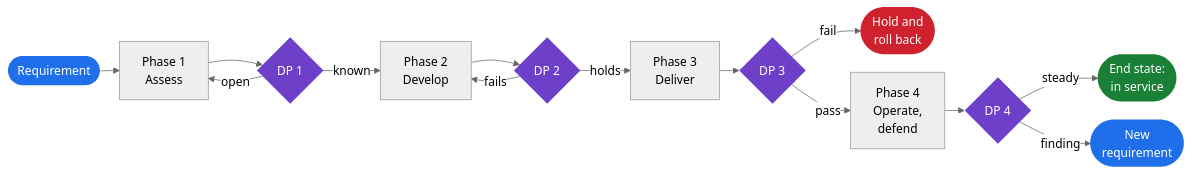
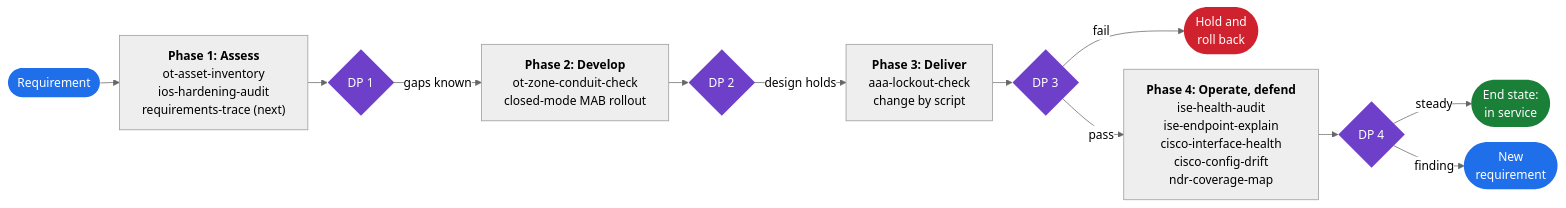
Before and after one commit to a-ayrapetov/a-ayrapetov: the diagram in README.md, drawn with Mermaid (neutral theme).

Commit message:
Profile: name the tools inside each phase of the plan

````diff
--- a/README.md
+++ b/README.md
@@ -44,22 +44,20 @@
 ```mermaid
-%%{init: {"flowchart": {"rankSpacing": 26, "nodeSpacing": 24}}}%%
+%%{init: {"flowchart": {"rankSpacing": 26, "nodeSpacing": 20}}}%%
 flowchart LR
-  R([Requirement]) --> P1[Phase 1<br/>Assess] --> D1{DP 1}
-  D1 -->|open| P1
-  D1 -->|known| P2[Phase 2<br/>Develop] --> D2{DP 2}
-  D2 -->|fails| P2
-  D2 -->|holds| P3[Phase 3<br/>Deliver] --> D3{DP 3}
+  R([Requirement]) --> P1["<b>Phase 1: Assess</b><br/>ot-asset-inventory<br/>ios-hardening-audit<br/>requirements-trace (next)"] --> D1{DP 1}
+  D1 -->|gaps known| P2["<b>Phase 2: Develop</b><br/>ot-zone-conduit-check<br/>closed-mode MAB rollout"] --> D2{DP 2}
+  D2 -->|design holds| P3["<b>Phase 3: Deliver</b><br/>aaa-lockout-check<br/>change by script"] --> D3{DP 3}
   D3 -->|fail| H([Hold and<br/>roll back])
-  D3 -->|pass| P4[Phase 4<br/>Operate,<br/>defend] --> D4{DP 4}
+  D3 -->|pass| P4["<b>Phase 4: Operate, defend</b><br/>ise-health-audit<br/>ise-endpoint-explain<br/>cisco-interface-health<br/>cisco-config-drift<br/>ndr-coverage-map"] --> D4{DP 4}
   D4 -->|steady| E([End state:<br/>in service])
   D4 -->|finding| S([New<br/>requirement])
 
   style R fill:#1f6feb,color:#fff,stroke:none
   style S fill:#1f6feb,color:#fff,stroke:none
   style E fill:#1a7f37,color:#fff,stroke:none
   style H fill:#cf222e,color:#fff,stroke:none
   style D1 fill:#6e40c9,color:#fff,stroke:none
   style D2 fill:#6e40c9,color:#fff,stroke:none
   style D3 fill:#6e40c9,color:#fff,stroke:none
   style D4 fill:#6e40c9,color:#fff,stroke:none
 ```
````
